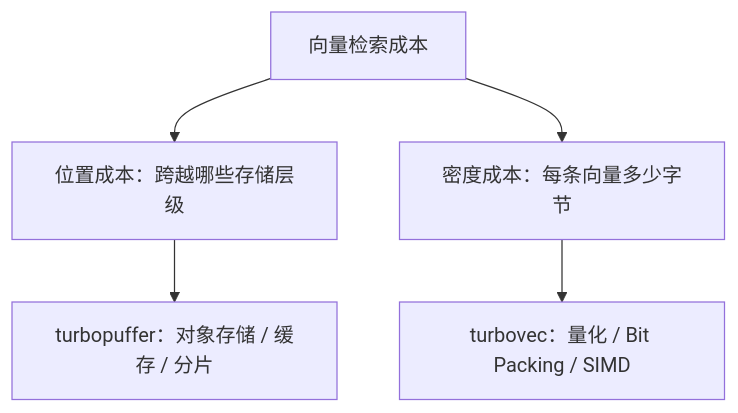
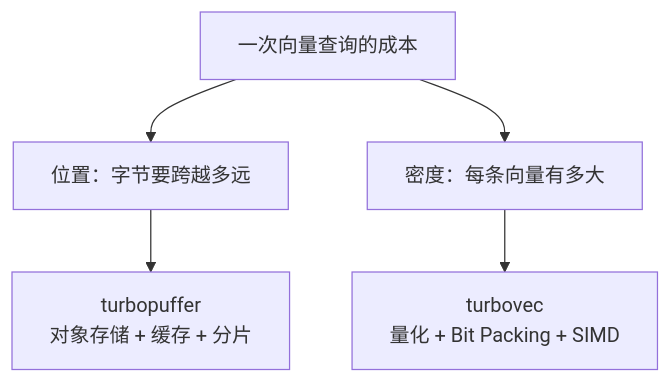
One commit to littlewwwhite/littlewwwhite.github.io changed the first of 4 diagrams in content/posts/260726/index.md. Above: the diagram before and after it, drawn with Mermaid. The commit also changed other lines of this file and 2 other files, not shown here.

Commit message:
rewrite turbopuffer and turbovec article

````diff
--- a/content/posts/260726/index.md
+++ b/content/posts/260726/index.md
@@ -47,7 +26,7 @@
 ```mermaid
 flowchart TB
-    C["向量检索成本"] --> L["位置成本：跨越哪些存储层级"]
-    C --> D["密度成本：每条向量多少字节"]
-    L --> P["turbopuffer：对象存储 / 缓存 / 分片"]
-    D --> V["turbovec：量化 / Bit Packing / SIMD"]
+    C["一次向量查询的成本"] --> L["位置：字节要跨越多远"]
+    C --> D["密度：每条向量有多大"]
+    L --> P["turbopuffer<br/>对象存储 + 缓存 + 分片"]
+    D --> V["turbovec<br/>量化 + Bit Packing + SIMD"]
 ```
````
